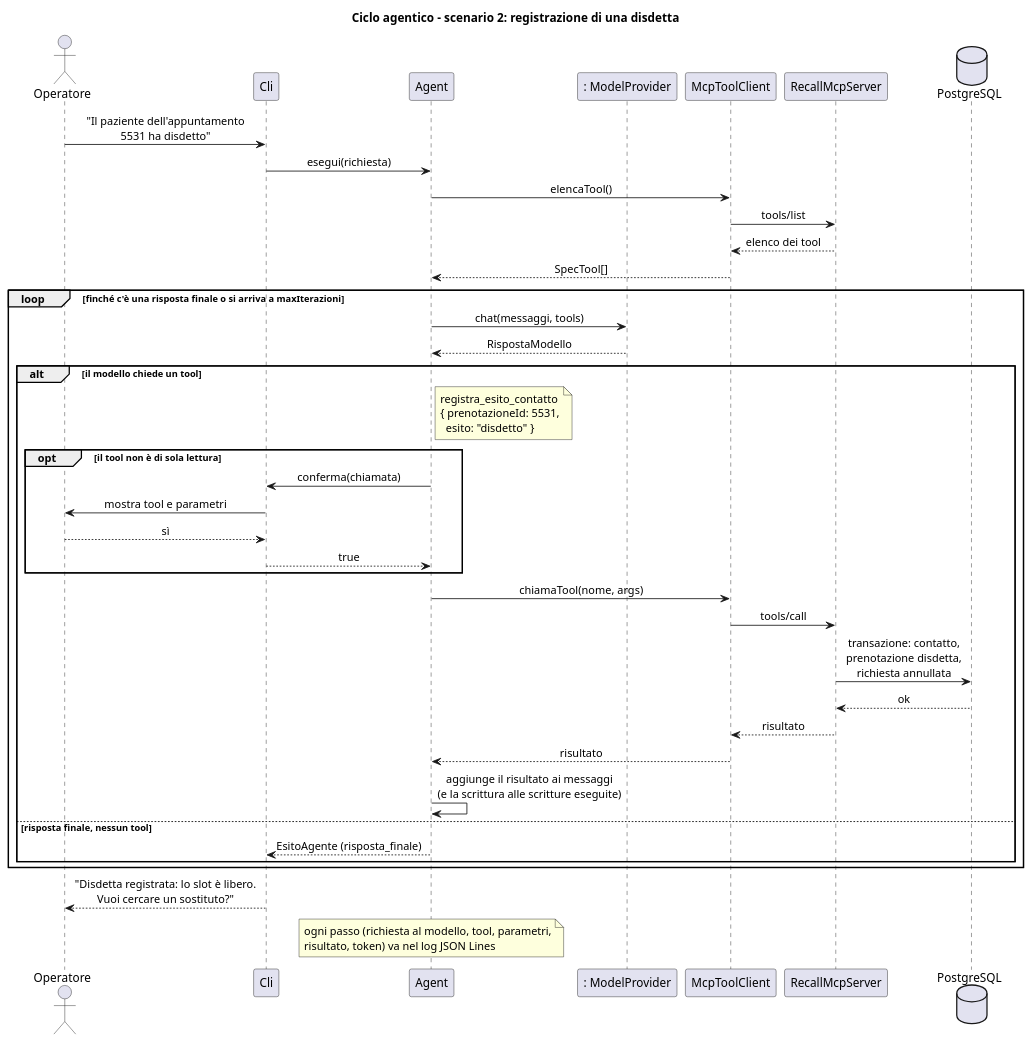
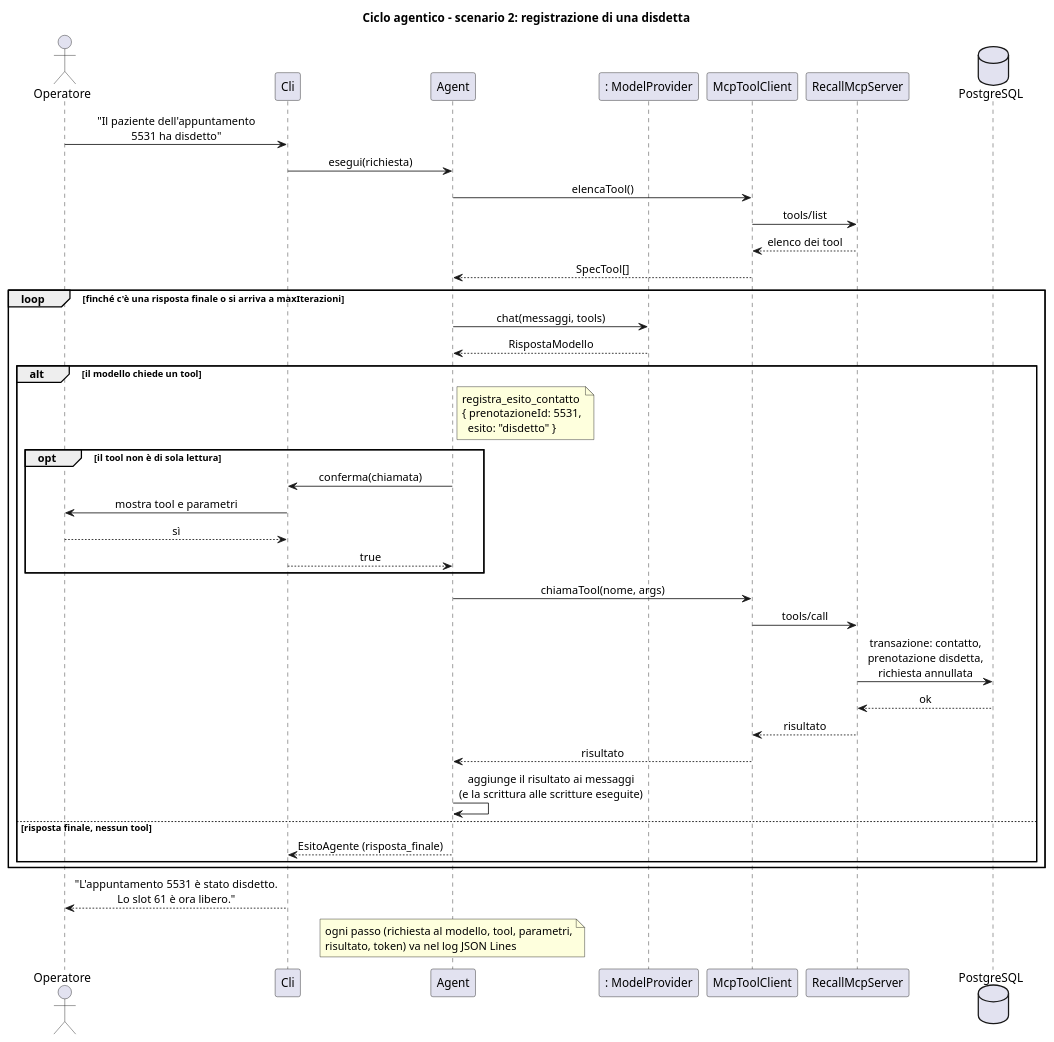
The diagram in docs/diagrammi/sequenza-ciclo.puml (LeoDS99/pw26-agente-recall), drawn with PlantUML before and after one commit. The commit also changed 6 other files, not shown here.

Commit message:
Rifinitura: metadati, commenti e diagrammi allineati al codice; schema dell'architettura

```diff
--- a/docs/diagrammi/sequenza-ciclo.puml
+++ b/docs/diagrammi/sequenza-ciclo.puml
@@ -1,56 +1,56 @@
 @startuml sequenza-ciclo
 skinparam sequenceMessageAlign center
 title Ciclo agentico - scenario 2: registrazione di una disdetta
 
 actor Operatore
 participant Cli
 participant Agent
 participant ": ModelProvider" as Modello
 participant McpToolClient
 participant RecallMcpServer as Server
 database PostgreSQL as DB
 
 Operatore -> Cli : "Il paziente dell'appuntamento\n5531 ha disdetto"
 Cli -> Agent : esegui(richiesta)
 Agent -> McpToolClient : elencaTool()
 McpToolClient -> Server : tools/list
 Server --> McpToolClient : elenco dei tool
 McpToolClient --> Agent : SpecTool[]
 
 loop finché c'è una risposta finale o si arriva a maxIterazioni
   Agent -> Modello : chat(messaggi, tools)
   Modello --> Agent : RispostaModello
 
   alt il modello chiede un tool
     note right of Agent
       registra_esito_contatto
       { prenotazioneId: 5531,
         esito: "disdetto" }
     end note
 
     opt il tool non è di sola lettura
       Agent -> Cli : conferma(chiamata)
       Cli -> Operatore : mostra tool e parametri
       Operatore --> Cli : sì
       Cli --> Agent : true
     end
 
     Agent -> McpToolClient : chiamaTool(nome, args)
     McpToolClient -> Server : tools/call
     Server -> DB : transazione: contatto,\nprenotazione disdetta,\nrichiesta annullata
     DB --> Server : ok
     Server --> McpToolClient : risultato
     McpToolClient --> Agent : risultato
     Agent -> Agent : aggiunge il risultato ai messaggi\n(e la scrittura alle scritture eseguite)
   else risposta finale, nessun tool
     Agent --> Cli : EsitoAgente (risposta_finale)
   end
 end
 
-Cli --> Operatore : "Disdetta registrata: lo slot è libero.\nVuoi cercare un sostituto?"
+Cli --> Operatore : "L'appuntamento 5531 è stato disdetto.\nLo slot 61 è ora libero."
 
 note over Agent
   ogni passo (richiesta al modello, tool, parametri,
   risultato, token) va nel log JSON Lines
 end note
 @enduml
```
